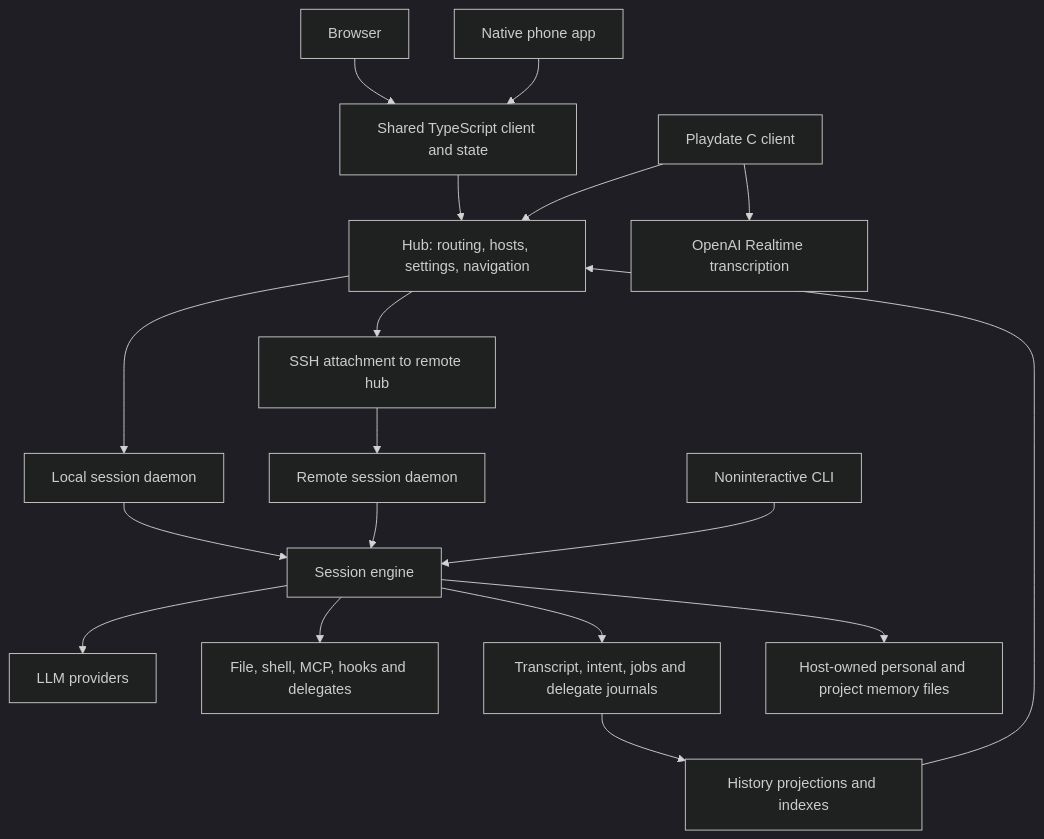
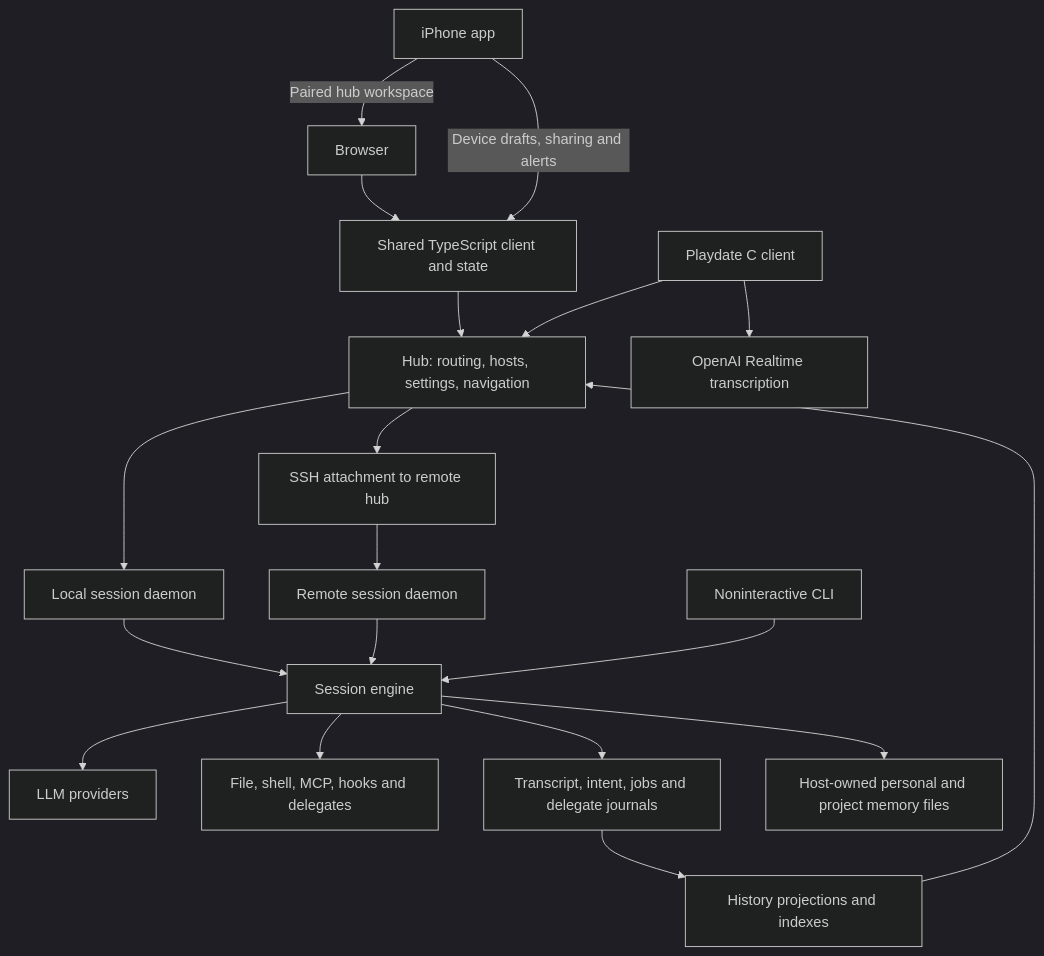
The diagram in docs/product/subsystems.md (prime-radiant-inc/evener), drawn with Mermaid (dark theme) before and after one commit. The commit also changed other lines of this file and 21 other files, not shown here.

First line of the commit message:
Open the paired hub workspace by default on iPhone

````diff
--- a/docs/product/subsystems.md
+++ b/docs/product/subsystems.md
@@ -25,20 +25,21 @@
 ```mermaid
 flowchart TD
     Web[Browser] --> TS[Shared TypeScript client and state]
-    Native[Native phone app] --> TS
+    Native[iPhone app] -->|Paired hub workspace| Web
+    Native -->|Device drafts, sharing and alerts| TS
     TS --> Hub[Hub: routing, hosts, settings, navigation]
     Playdate[Playdate C client] --> Hub
     Playdate --> Transcription[OpenAI Realtime transcription]
     Hub --> Local[Local session daemon]
     Hub --> Remote[SSH attachment to remote hub]
     Remote --> RemoteDaemon[Remote session daemon]
     Local --> Agent[Session engine]
     RemoteDaemon --> Agent
     CLI[Noninteractive CLI] --> Agent
     Agent --> Providers[LLM providers]
     Agent --> Tools[File, shell, MCP, hooks and delegates]
     Agent --> State[Transcript, intent, jobs and delegate journals]
     Agent --> Memory[Host-owned personal and project memory files]
     State --> Views[History projections and indexes]
     Views --> Hub
 ```
````
